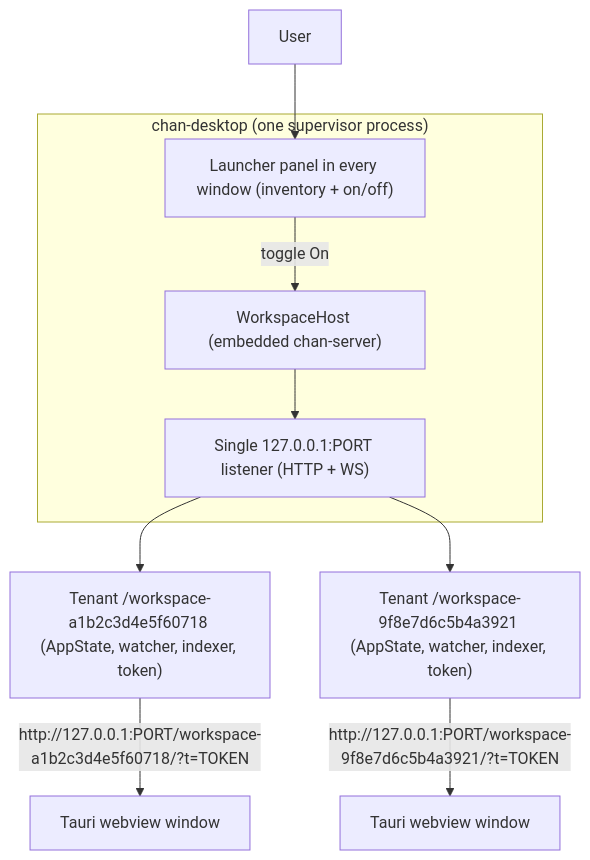
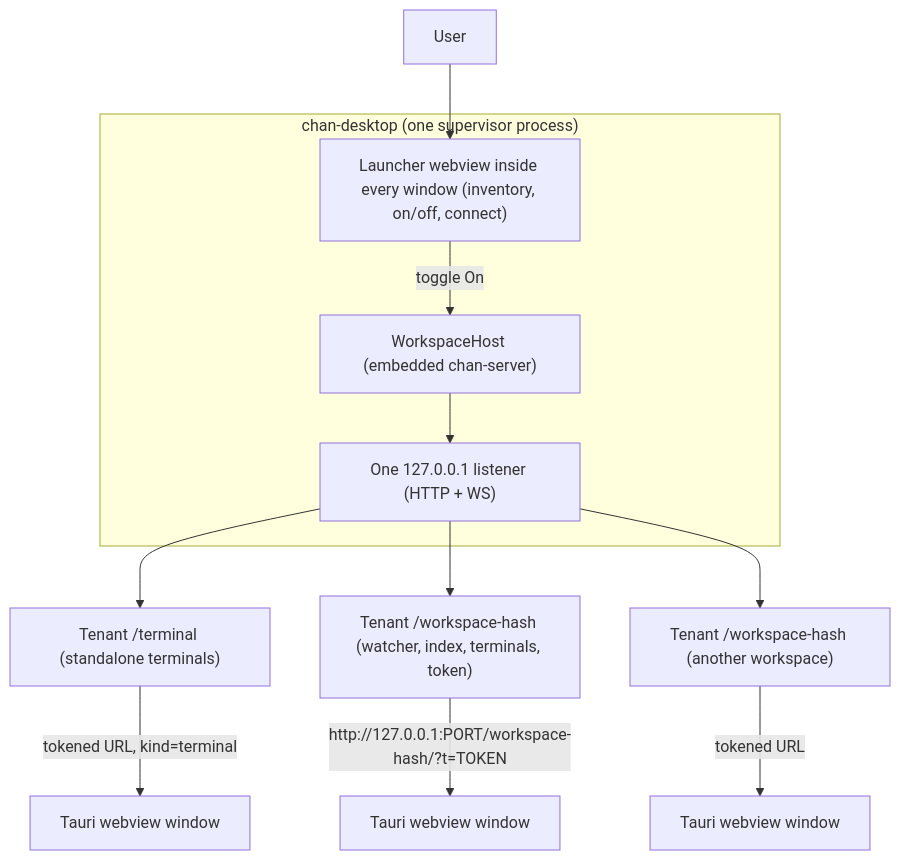
The first of 4 diagrams in desktop/design.md (fiorix/chan), drawn with Mermaid before and after one commit. The commit also changed other lines of this file and 17 other files, not shown here.

````diff
--- a/desktop/design.md
+++ b/desktop/design.md
@@ -22,15 +21,17 @@
 ```mermaid
 flowchart TD
     User["User"] --> Launcher
     subgraph Desktop["chan-desktop (one supervisor process)"]
-        Launcher["Launcher panel in every window (inventory + on/off)"]
+        Launcher["Launcher webview inside every window (inventory, on/off, connect)"]
         Host["WorkspaceHost (embedded chan-server)"]
-        Listener["Single 127.0.0.1:PORT listener (HTTP + WS)"]
+        Listener["One 127.0.0.1 listener (HTTP + WS)"]
         Launcher -->|"toggle On"| Host
         Host --> Listener
     end
-    Listener --> WS1["Tenant /workspace-a1b2c3d4e5f60718 (AppState, watcher, indexer, token)"]
-    Listener --> WS2["Tenant /workspace-9f8e7d6c5b4a3921 (AppState, watcher, indexer, token)"]
-    WS1 -->|"http://127.0.0.1:PORT/workspace-a1b2c3d4e5f60718/?t=TOKEN"| View1["Tauri webview window"]
-    WS2 -->|"http://127.0.0.1:PORT/workspace-9f8e7d6c5b4a3921/?t=TOKEN"| View2["Tauri webview window"]
+    Listener --> T["Tenant /terminal (standalone terminals)"]
+    Listener --> WS1["Tenant /workspace-hash (watcher, index, terminals, token)"]
+    Listener --> WS2["Tenant /workspace-hash (another workspace)"]
+    T -->|"tokened URL, kind=terminal"| View0["Tauri webview window"]
+    WS1 -->|"http://127.0.0.1:PORT/workspace-hash/?t=TOKEN"| View1["Tauri webview window"]
+    WS2 -->|"tokened URL"| View2["Tauri webview window"]
 ```
````
